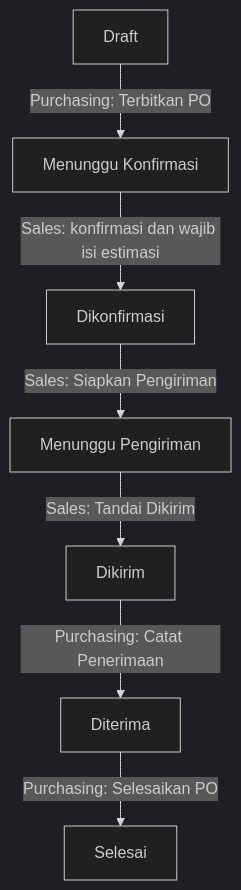
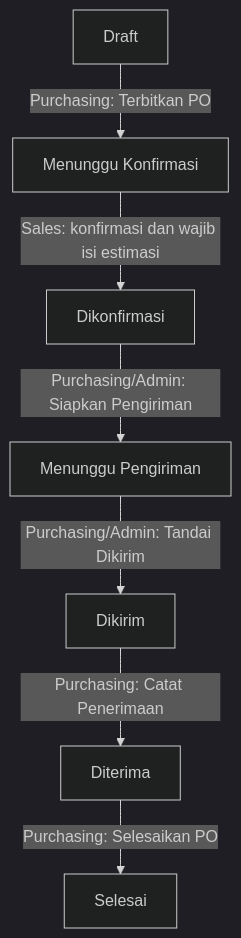
Before and after one commit to mcsatriasparta11-max/tokodigital: the diagram in docs/WORKFLOW.md, drawn with Mermaid (dark theme). The commit also changed other lines of this file and 5 other files, not shown here.

Commit message:
Restrict Sales to PO confirmation and assign shipping to Purchasing

````diff
--- a/docs/WORKFLOW.md
+++ b/docs/WORKFLOW.md
@@ -20,9 +20,9 @@
 ```mermaid
 flowchart TD
  D[Draft] -->|Purchasing: Terbitkan PO| A[Menunggu Konfirmasi]
  A -->|Sales: konfirmasi dan wajib isi estimasi| C[Dikonfirmasi]
- C -->|Sales: Siapkan Pengiriman| W[Menunggu Pengiriman]
- W -->|Sales: Tandai Dikirim| S[Dikirim]
+ C -->|Purchasing/Admin: Siapkan Pengiriman| W[Menunggu Pengiriman]
+ W -->|Purchasing/Admin: Tandai Dikirim| S[Dikirim]
  S -->|Purchasing: Catat Penerimaan| R[Diterima]
  R -->|Purchasing: Selesaikan PO| F[Selesai]
 ```
````
